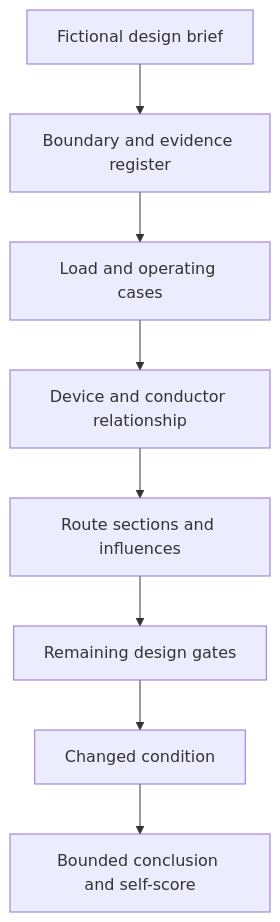
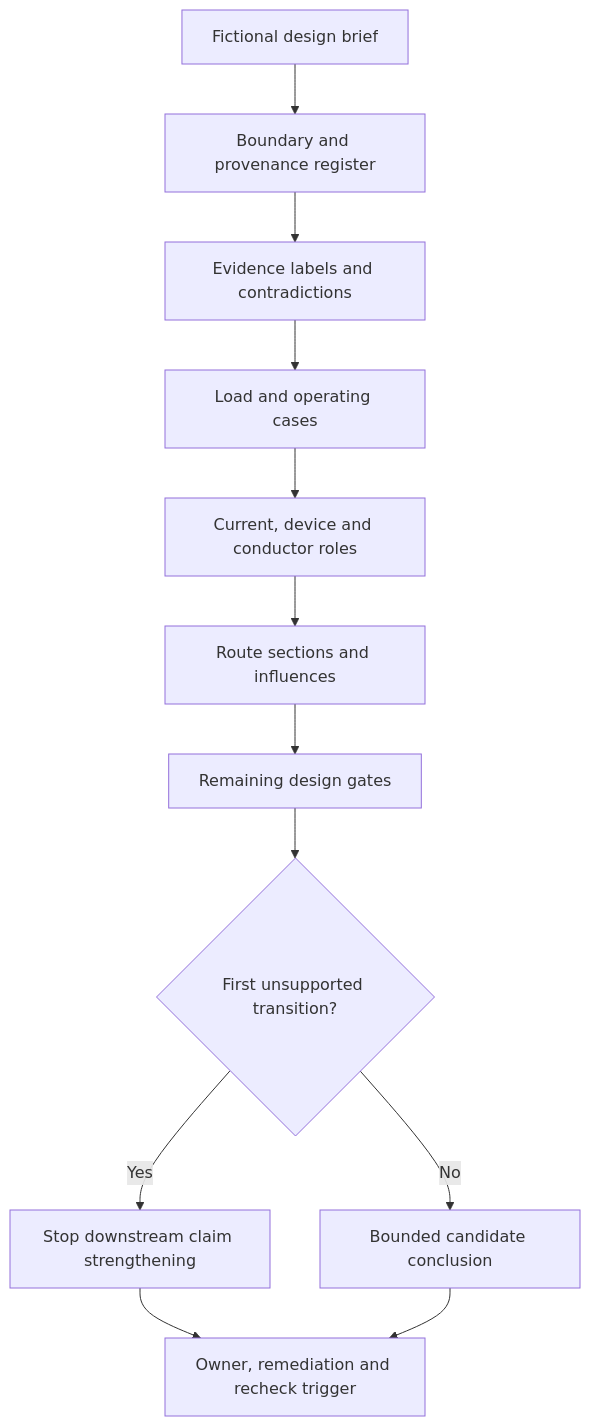
One commit to andrew3stedall/capstone changed the first of 2 diagrams in docs/learning-plans/12-week/modules/day-28-week-4-independent-circuit-design-checkpoint.md. Above: the diagram before and after it, drawn with Mermaid. The commit also changed other lines of this file, not shown here.

Commit message:
Improve Day 28 independent design checkpoint

````diff
--- a/docs/learning-plans/12-week/modules/day-28-week-4-independent-circuit-design-checkpoint.md
+++ b/docs/learning-plans/12-week/modules/day-28-week-4-independent-circuit-design-checkpoint.md
@@ -79,10 +106,14 @@
 ```mermaid
 flowchart TD
-    A["Fictional design brief"] --> B["Boundary and evidence register"]
-    B --> C["Load and operating cases"]
-    C --> D["Device and conductor relationship"]
-    D --> E["Route sections and influences"]
-    E --> F["Remaining design gates"]
-    F --> G["Changed condition"]
-    G --> H["Bounded conclusion and self-score"]
+    A["Fictional design brief"] --> B["Boundary and provenance register"]
+    B --> C["Evidence labels and contradictions"]
+    C --> D["Load and operating cases"]
+    D --> E["Current, device and conductor roles"]
+    E --> F["Route sections and influences"]
+    F --> G["Remaining design gates"]
+    G --> H{"First unsupported transition?"}
+    H -- "Yes" --> I["Stop downstream claim strengthening"]
+    H -- "No" --> J["Bounded candidate conclusion"]
+    I --> K["Owner, remediation and recheck trigger"]
+    J --> K
 ```
````
